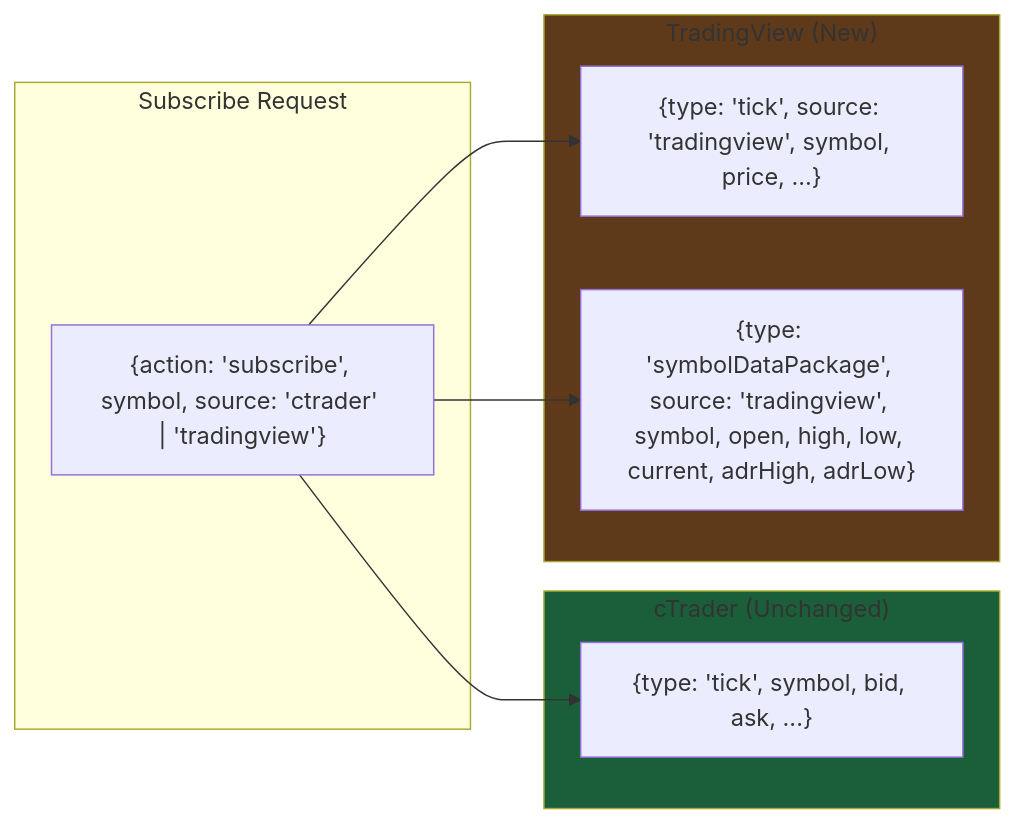
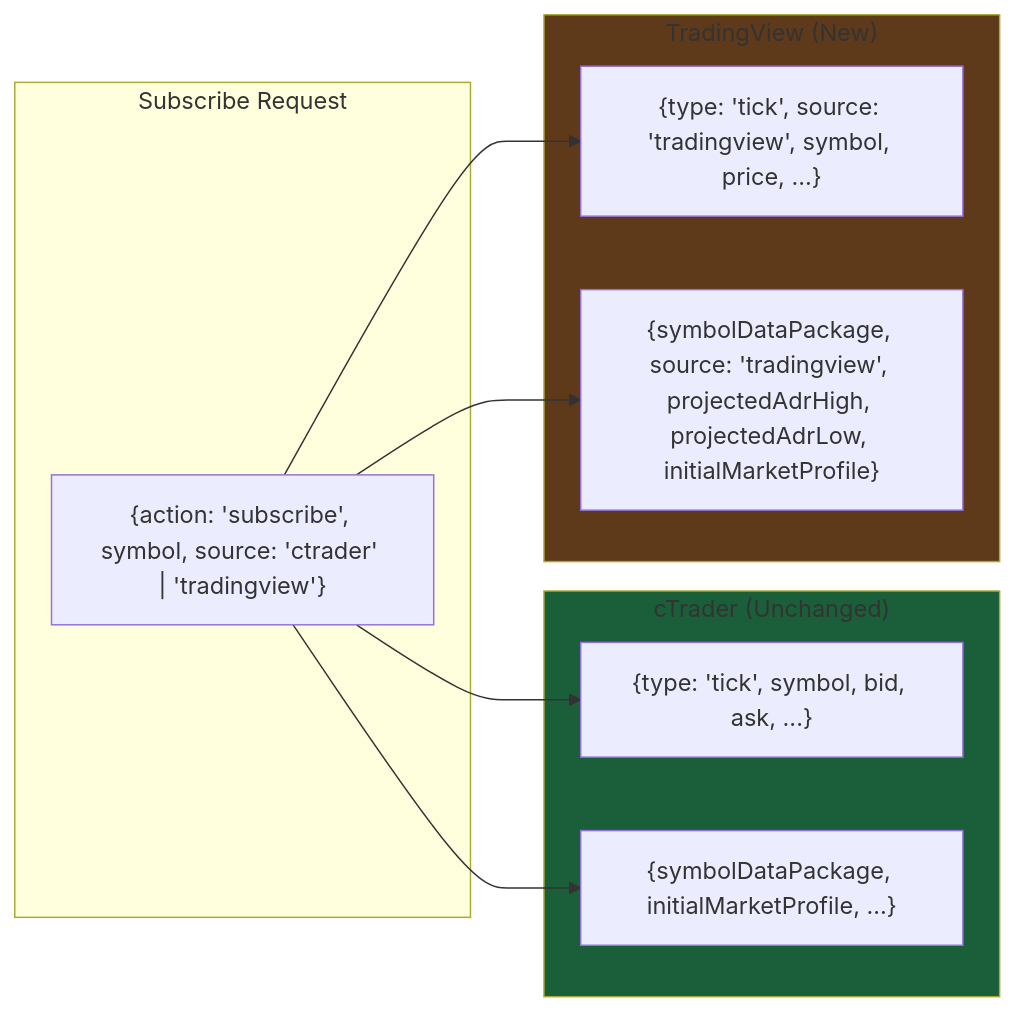
One commit to timmye/neurosensefx changed diagram 13 of 15 in docs/scope-tradingview-feed.md. Above: the diagram before and after it, drawn with Mermaid. The commit also changed other lines of this file, not shown here.

First line of the commit message:
Add Market Profile scope to TradingView feed document

````diff
--- a/docs/scope-tradingview-feed.md
+++ b/docs/scope-tradingview-feed.md
@@ -458,22 +527,24 @@
 ```mermaid
 flowchart LR
     subgraph CTRADER["cTrader (Unchanged)"]
         C1["{type: 'tick', symbol, bid, ask, ...}"]
+        C2["{symbolDataPackage, initialMarketProfile, ...}"]
     end
 
     subgraph TV["TradingView (New)"]
         T1["{type: 'tick', source: 'tradingview', symbol, price, ...}"]
-        T2["{type: 'symbolDataPackage', source: 'tradingview', symbol, open, high, low, current, adrHigh, adrLow}"]
+        T2["{symbolDataPackage, source: 'tradingview', projectedAdrHigh, projectedAdrLow, initialMarketProfile}"]
     end
 
     subgraph REQUEST["Subscribe Request"]
         R1["{action: 'subscribe', symbol, source: 'ctrader' | 'tradingview'}"]
     end
 
     R1 --> C1
+    R1 --> C2
     R1 --> T1
     R1 --> T2
 
     style CTRADER fill:#1a5f3a
     style TV fill:#5f3a1a
 ```
````
